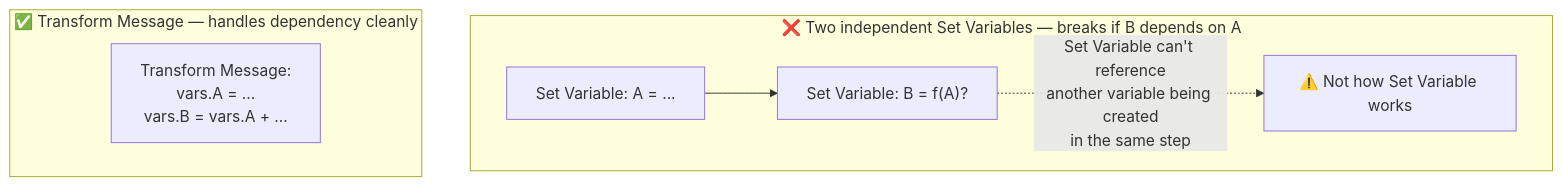
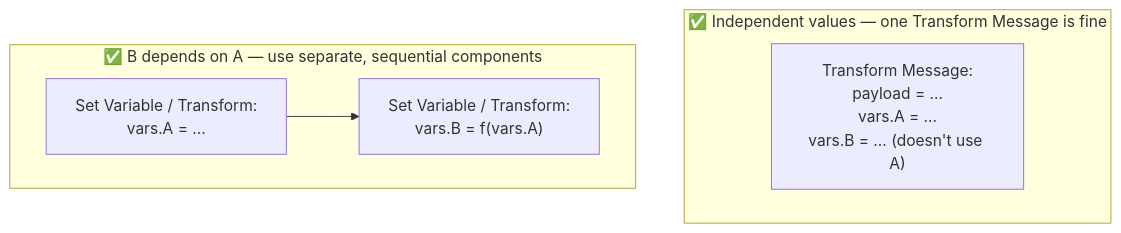
Before and after one commit to developerashok99/green-c-mule-notes: the first of 6 diagrams in detailed-notes/day12.md, drawn with Mermaid. The commit also changed other lines of this file and 1 other file, not shown here.

````diff
--- a/detailed-notes/day12.md
+++ b/detailed-notes/day12.md
@@ -9,10 +11,9 @@
 ```mermaid
 flowchart TB
-    subgraph "❌ Two independent Set Variables — breaks if B depends on A"
-    SV1["Set Variable: A = ..."] --> SV2["Set Variable: B = f(A)?"]
-    SV2 -.->|"Set Variable can't reference<br/>another variable being created<br/>in the same step"| X["⚠️ Not how Set Variable works"]
+    subgraph "✅ Independent values — one Transform Message is fine"
+    TM["Transform Message:<br/>payload = ...<br/>vars.A = ...<br/>vars.B = ... (doesn't use A)"]
     end
-    subgraph "✅ Transform Message — handles dependency cleanly"
-    TM["Transform Message:<br/>vars.A = ...<br/>vars.B = vars.A + ..."]
+    subgraph "✅ B depends on A — use separate, sequential components"
+    SV1["Set Variable / Transform:<br/>vars.A = ..."] --> SV2["Set Variable / Transform:<br/>vars.B = f(vars.A)"]
     end
 ```
````
